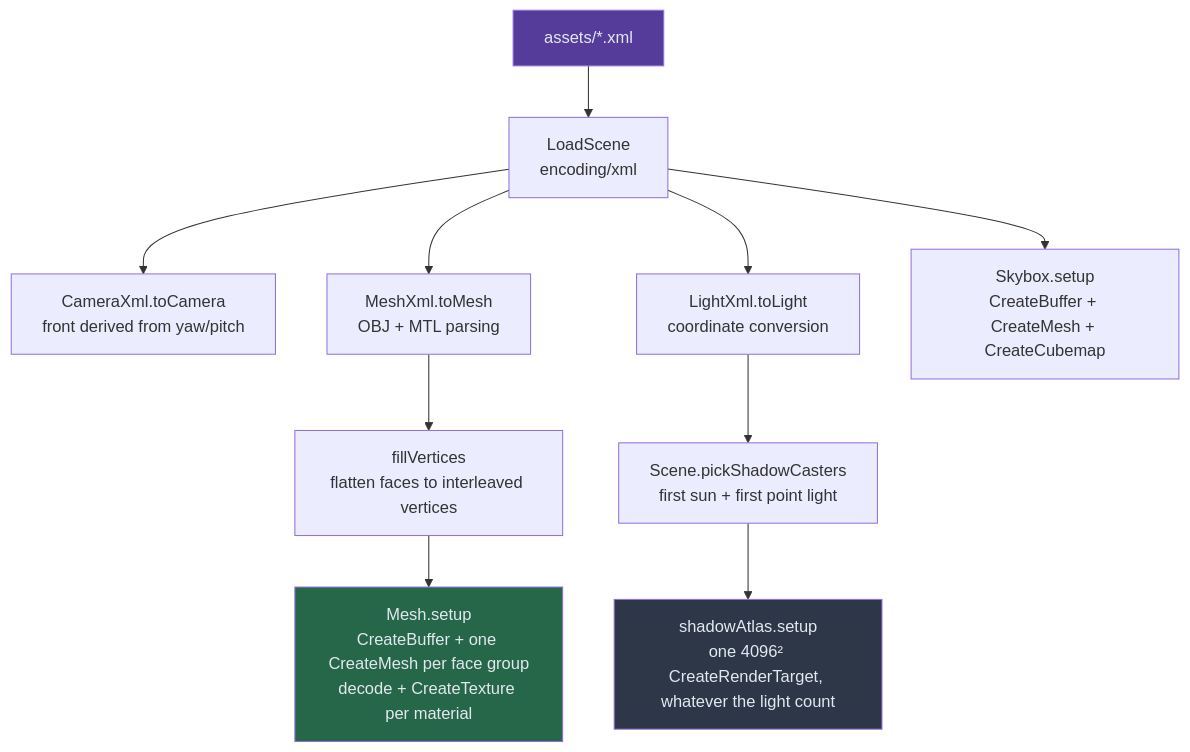
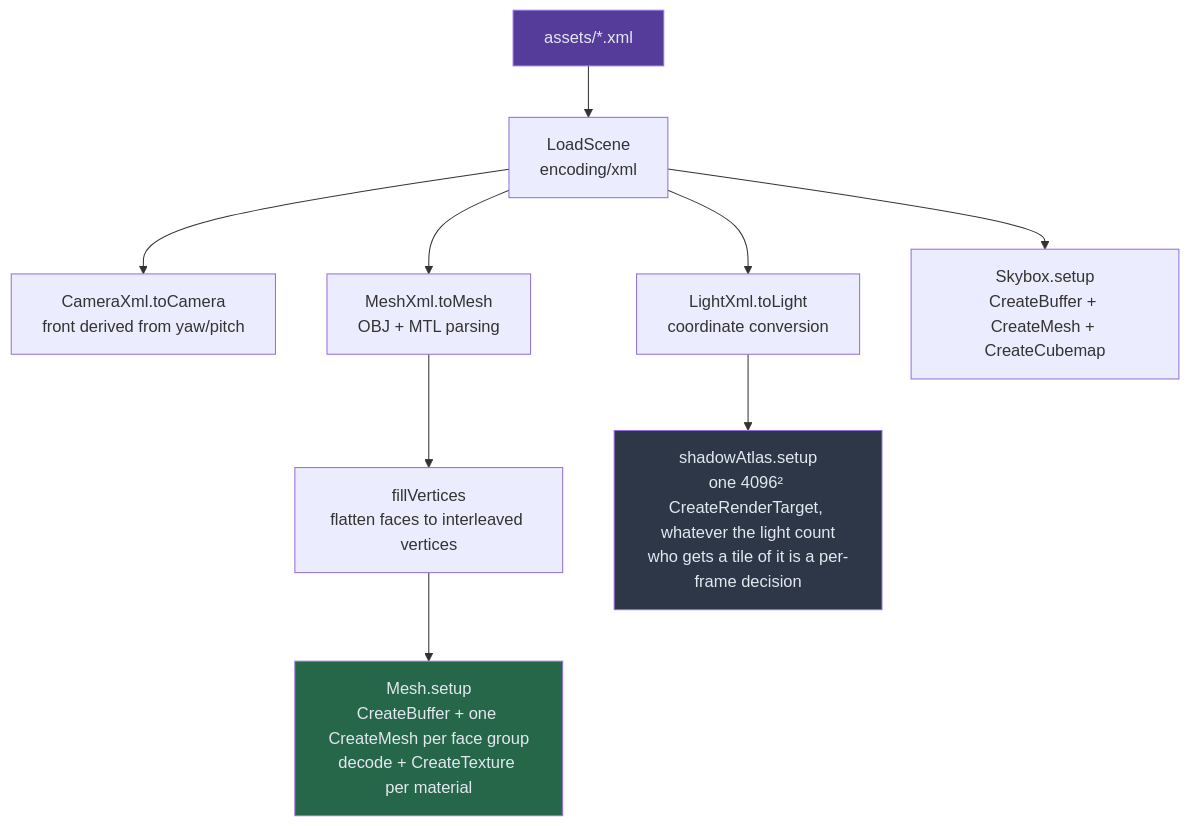
One commit to Zephyr75/overdrive changed the second of 3 diagrams in notes/ARCHITECTURE.md. Above: the diagram before and after it, drawn with Mermaid. The commit also changed other lines of this file and 30 other files, not shown here.

Commit message:
Working shadow atlas

````diff
--- a/notes/ARCHITECTURE.md
+++ b/notes/ARCHITECTURE.md
@@ -166,20 +166,19 @@
 ```mermaid
 flowchart TD
     X["assets/*.xml"] --> P["LoadScene<br/>encoding/xml"]
 
     P --> CA["CameraXml.toCamera<br/>front derived from yaw/pitch"]
     P --> ME["MeshXml.toMesh<br/>OBJ + MTL parsing"]
     P --> LI["LightXml.toLight<br/>coordinate conversion"]
 
     ME --> FV["fillVertices<br/>flatten faces to interleaved vertices"]
     FV --> SU["Mesh.setup<br/>CreateBuffer + one CreateMesh per face group<br/>decode + CreateTexture per material"]
 
-    LI --> PS["Scene.pickShadowCasters<br/>first sun + first point light"]
-    PS --> LS["shadowAtlas.setup<br/>one 4096² CreateRenderTarget, whatever the light count"]
+    LI --> LS["shadowAtlas.setup<br/>one 4096² CreateRenderTarget, whatever the light count<br/>who gets a tile of it is a per-frame decision"]
 
     P --> SK["Skybox.setup<br/>CreateBuffer + CreateMesh + CreateCubemap"]
 
     style X fill:#553c9a,color:#e2e8f0
     style SU fill:#276749,color:#e2e8f0
     style LS fill:#2d3748,color:#e2e8f0
 ```
````
